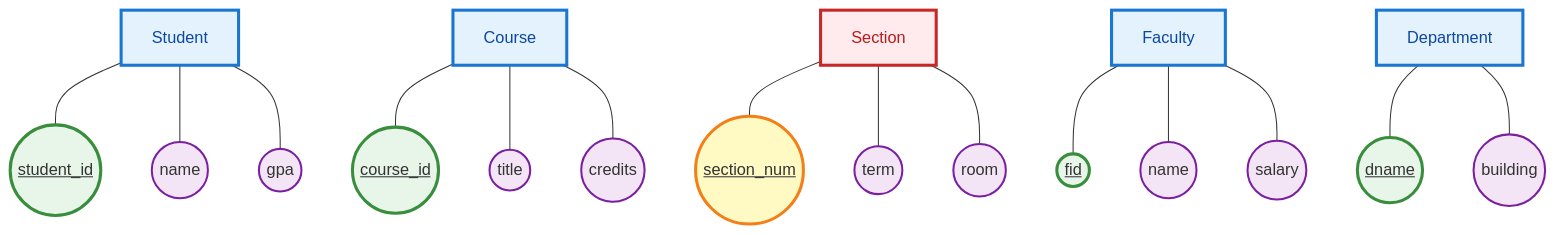
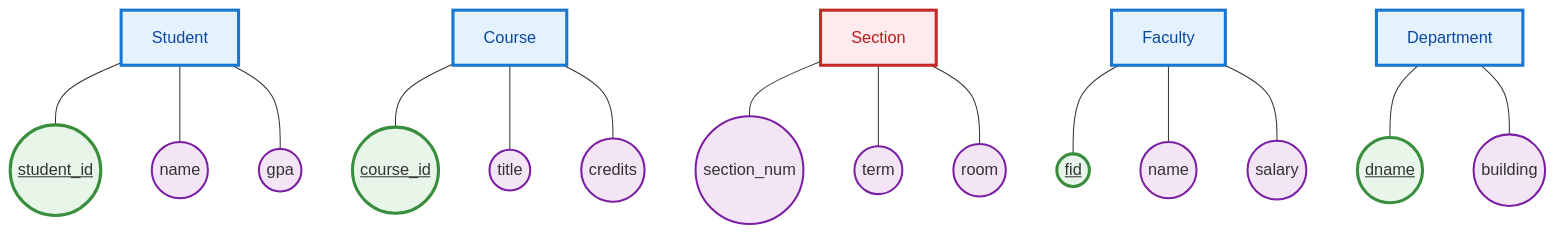
Diagram 13 of 16 in lecture-outlines/day6-er-modeling/slides.md (ufdatastudio/cop5725fa26), drawn with Mermaid before and after one commit. The commit also changed other lines of this file and 5 other files, not shown here.

First line of the commit message:
docs: revise day 6 wording, diamond relationship badge, dashed partial key

````diff
--- a/lecture-outlines/day6-er-modeling/slides.md
+++ b/lecture-outlines/day6-er-modeling/slides.md
@@ -776,32 +741,30 @@
 ```mermaid
 graph TB
   S["Student"]
   S --- SID(("<u>student_id</u>"))
   S --- SName(("name"))
   S --- GPA(("gpa"))
   C["Course"]
   C --- CID(("<u>course_id</u>"))
   C --- Title(("title"))
   C --- Cr(("credits"))
   Sec["<span class='weak-inner'>Section</span>"]
-  Sec --- SNum(("<u>section_num</u>"))
+  Sec --- SNum(("<span class='partial-key'>section_num</span>"))
   Sec --- Term(("term"))
   Sec --- Room(("room"))
   F["Faculty"]
   F --- FID(("<u>fid</u>"))
   F --- FName(("name"))
   F --- Sal(("salary"))
   D["Department"]
   D --- DN(("<u>dname</u>"))
   D --- Bldg(("building"))
   classDef entity fill:#e3f2fd,stroke:#1976d2,stroke-width:3px,color:#0d47a1
   classDef weak fill:#ffebee,stroke:#c62828,stroke-width:3px,color:#b71c1c
   classDef attr fill:#f3e5f5,stroke:#7b1fa2,stroke-width:2px
   classDef key fill:#e8f5e9,stroke:#388e3c,stroke-width:3px
-  classDef partkey fill:#fff9c4,stroke:#f57f17,stroke-width:3px
   class S,C,F,D entity
   class Sec weak
-  class SName,GPA,Title,Cr,Term,Room,FName,Sal,Bldg attr
+  class SName,GPA,Title,Cr,Term,Room,FName,Sal,Bldg,SNum attr
   class SID,CID,FID,DN key
-  class SNum partkey
 ```
````
